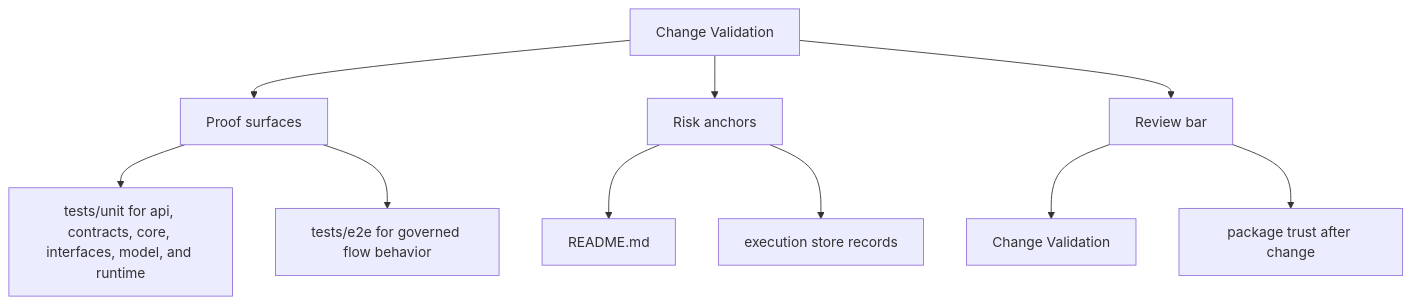
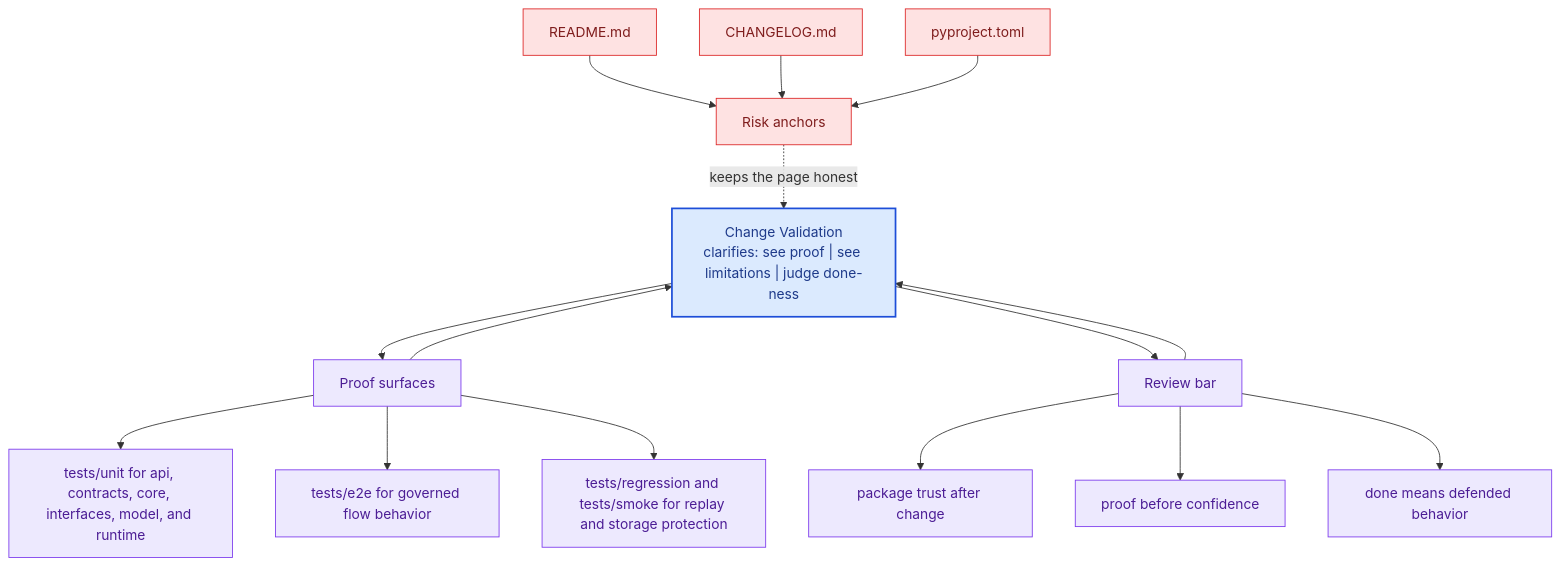
Before and after one commit to bijux/bijux-canon: the second of 2 diagrams in docs/bijux-canon-runtime/quality/change-validation.md, drawn with Mermaid. The commit also changed other lines of this file and 281 other files, not shown here.

Commit message:
docs(diagrams): deepen handbook mermaid maps across the catalog

````diff
--- a/docs/bijux-canon-runtime/quality/change-validation.md
+++ b/docs/bijux-canon-runtime/quality/change-validation.md
@@ -33,22 +66,41 @@
 ```mermaid
-flowchart TD
-    page["Change Validation"]
+flowchart TB
+    promise["Change Validation<br/>clarifies: see proof | see limitations | judge done-ness"]
+    classDef promise fill:#dbeafe,stroke:#1d4ed8,color:#1e3a8a,stroke-width:2px;
+    classDef driver fill:#dcfce7,stroke:#16a34a,color:#14532d;
+    classDef constraint fill:#fee2e2,stroke:#dc2626,color:#7f1d1d;
+    classDef ground fill:#ede9fe,stroke:#7c3aed,color:#4c1d95;
     focus1["Proof surfaces"]
-    page --> focus1
+    focus1 --> promise
+    promise --> focus1
     focus1_1["tests/unit for api, contracts, core, interfaces, model, and runtime"]
     focus1 --> focus1_1
     focus1_2["tests/e2e for governed flow behavior"]
     focus1 --> focus1_2
+    focus1_3["tests/regression and tests/smoke for replay and storage protection"]
+    focus1 --> focus1_3
+    class focus1 ground;
+    class focus1_1,focus1_2,focus1_3 ground;
     focus2["Risk anchors"]
-    page --> focus2
+    focus2 -.keeps the page honest.-> promise
     focus2_1["README.md"]
-    focus2 --> focus2_1
-    focus2_2["execution store records"]
-    focus2 --> focus2_2
+    focus2_1 --> focus2
+    focus2_2["CHANGELOG.md"]
+    focus2_2 --> focus2
+    focus2_3["pyproject.toml"]
+    focus2_3 --> focus2
+    class focus2 constraint;
+    class focus2_1,focus2_2,focus2_3 constraint;
     focus3["Review bar"]
-    page --> focus3
-    focus3_1["Change Validation"]
+    focus3 --> promise
+    promise --> focus3
+    focus3_1["package trust after change"]
     focus3 --> focus3_1
-    focus3_2["package trust after change"]
+    focus3_2["proof before confidence"]
     focus3 --> focus3_2
+    focus3_3["done means defended behavior"]
+    focus3 --> focus3_3
+    class focus3 ground;
+    class focus3_1,focus3_2,focus3_3 ground;
+    class promise promise;
 ```
````
